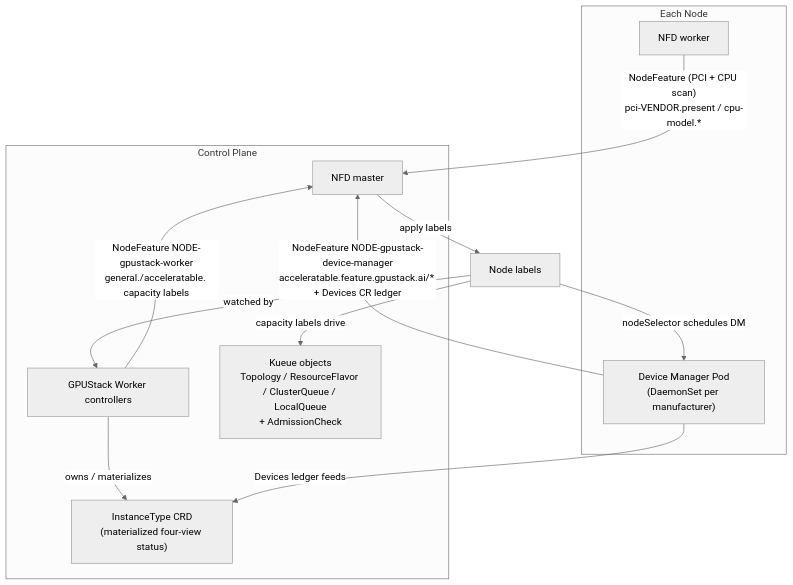
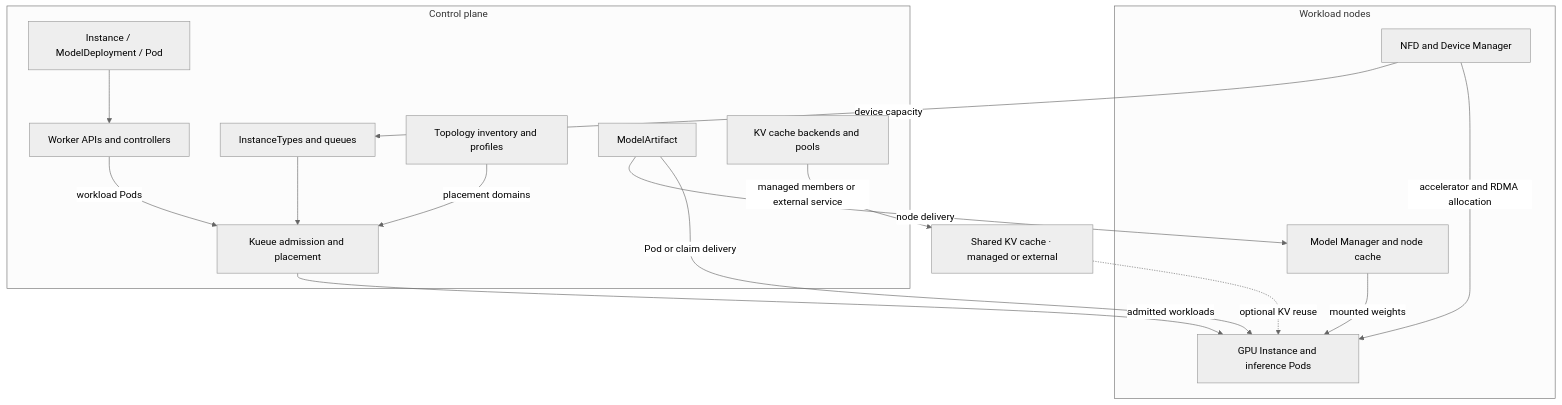
Before and after one commit to gpustack/gpustack-operator: the diagram in docs/getting-started/architecture.md, drawn with Mermaid (neutral theme). The commit also changed other lines of this file and 76 other files, not shown here.

````diff
--- a/docs/getting-started/architecture.md
+++ b/docs/getting-started/architecture.md
@@ -41,24 +40,32 @@
 ```mermaid
-flowchart TD
-    subgraph node["Each Node"]
-        NFDW["NFD worker"]
-        DM["Device Manager Pod<br/>(DaemonSet per manufacturer)"]
+flowchart TB
+    subgraph control["Control plane"]
+        REQUEST["Instance / ModelDeployment / Pod"]
+        WORKER["Worker APIs and controllers"]
+        QUEUES["InstanceTypes and queues"]
+        KUEUE["Kueue admission and placement"]
+        TOPOLOGY["Topology inventory and profiles"]
+        ARTIFACT["ModelArtifact"]
+        CACHE["KV cache backends and pools"]
     end
 
-    subgraph control["Control Plane"]
-        NFDM["NFD master"]
-        WK["GPUStack Worker controllers"]
-        KUEUE["Kueue objects<br/>Topology / ResourceFlavor / ClusterQueue / LocalQueue<br/>+ AdmissionCheck"]
-        IT["InstanceType CRD<br/>(materialized four-view status)"]
+    subgraph nodes["Workload nodes"]
+        DISCOVERY["NFD and Device Manager"]
+        MODELS["Model Manager and node cache"]
+        PODS["GPU Instance and inference Pods"]
     end
 
-    NFDW -- "NodeFeature (PCI + CPU scan)<br/>pci-VENDOR.present / cpu-model.*" --> NFDM
-    NFDM -- "apply labels" --> NODE["Node labels"]
-    NODE -- "nodeSelector schedules DM" --> DM
-    DM -- "NodeFeature NODE-gpustack-device-manager<br/>acceleratable.feature.gpustack.ai/* + Devices CR ledger" --> NFDM
-    NODE -- "watched by" --> WK
-    WK -- "NodeFeature NODE-gpustack-worker<br/>general./acceleratable. capacity labels" --> NFDM
-    NODE -- "capacity labels drive" --> KUEUE
-    WK -- "owns / materializes" --> IT
-    DM -- "Devices ledger feeds" --> IT
+    STORE["Shared KV cache · managed or external"]
+    REQUEST --> WORKER
+    DISCOVERY -- "device capacity" --> QUEUES
+    WORKER -- "workload Pods" --> KUEUE
+    QUEUES --> KUEUE
+    TOPOLOGY -- "placement domains" --> KUEUE
+    KUEUE -- "admitted workloads" --> PODS
+    DISCOVERY -- "accelerator and RDMA allocation" --> PODS
+    ARTIFACT -- "node delivery" --> MODELS
+    MODELS -- "mounted weights" --> PODS
+    ARTIFACT -- "Pod or claim delivery" --> PODS
+    CACHE -- "managed members or external service" --> STORE
+    STORE -. "optional KV reuse" .-> PODS
 ```
````
